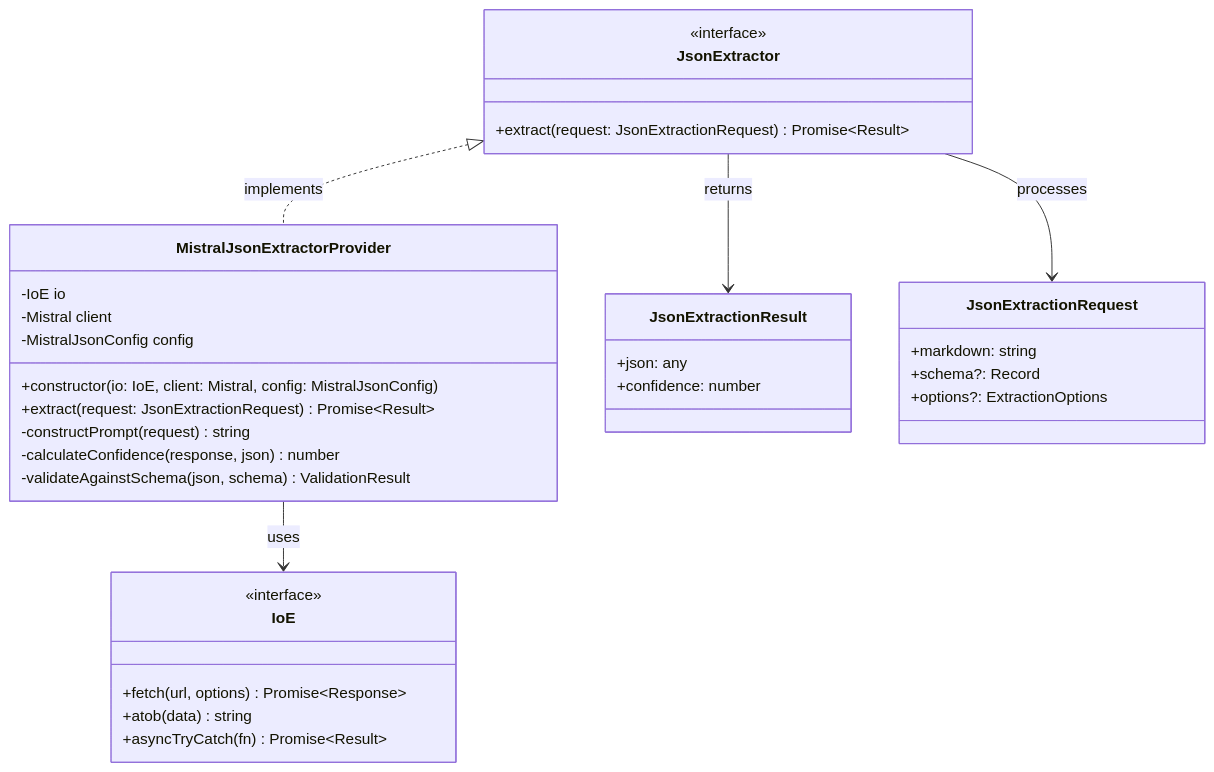
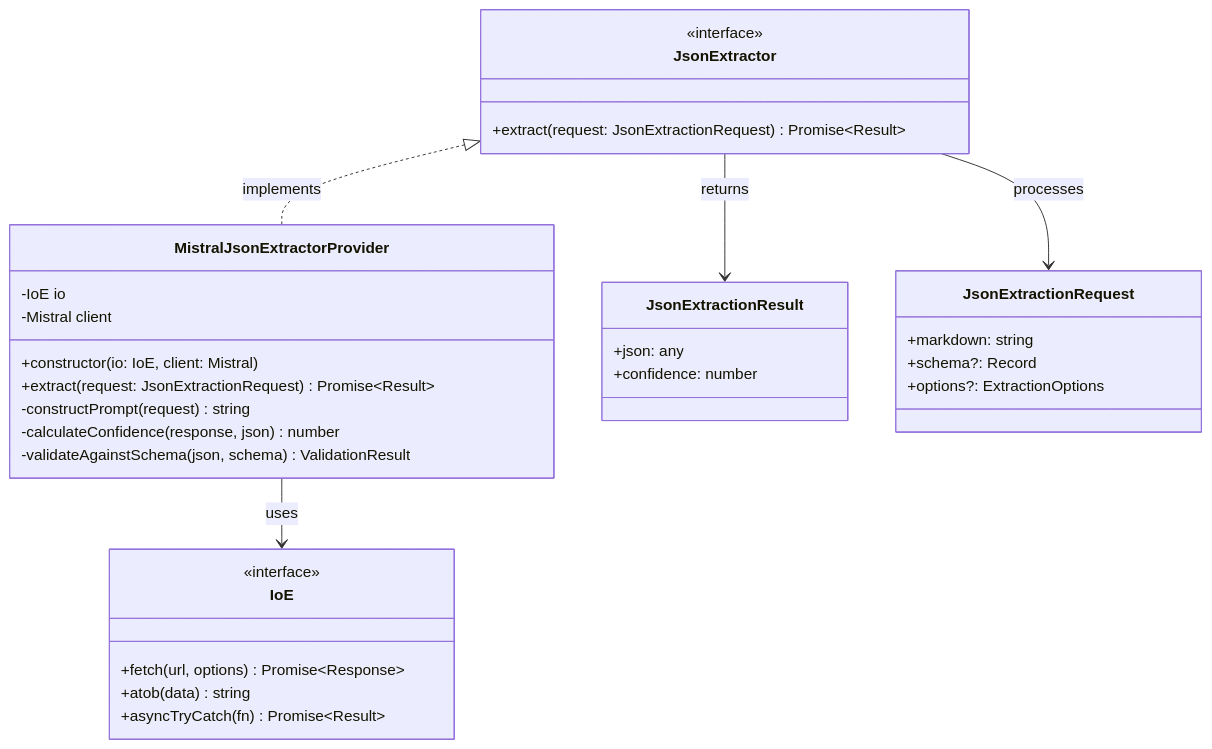
One commit to o2alexanderfedin/OCRChecksServer-demo changed the first of 2 diagrams in docs/json-extraction.md. Above: the diagram before and after it, drawn with Mermaid. The commit also changed other lines of this file, not shown here.

Commit message:
refactor: simplify MistralJsonExtractorProvider constructor by removing config parameter

````diff
--- a/docs/json-extraction.md
+++ b/docs/json-extraction.md
@@ -224,41 +215,40 @@
 ```mermaid
 classDiagram
     class JsonExtractor {
         <<interface>>
         +extract(request: JsonExtractionRequest) Promise~Result<JsonExtractionResult, Error>~
     }
 
     class MistralJsonExtractorProvider {
         -IoE io
         -Mistral client
-        -MistralJsonConfig config
-        +constructor(io: IoE, client: Mistral, config: MistralJsonConfig)
+        +constructor(io: IoE, client: Mistral)
         +extract(request: JsonExtractionRequest) Promise~Result<JsonExtractionResult, Error>~
         -constructPrompt(request) string
         -calculateConfidence(response, json) number
         -validateAgainstSchema(json, schema) ValidationResult
     }
 
     class JsonExtractionResult {
         +json: any
         +confidence: number
     }
 
     class JsonExtractionRequest {
         +markdown: string
         +schema?: Record<string, unknown>
         +options?: ExtractionOptions
     }
 
     class IoE {
         <<interface>>
         +fetch(url, options) Promise~Response~
         +atob(data) string
         +asyncTryCatch(fn) Promise~Result~
     }
 
     JsonExtractor <|.. MistralJsonExtractorProvider : implements
     MistralJsonExtractorProvider --> IoE : uses
     JsonExtractor --> JsonExtractionResult : returns
     JsonExtractor --> JsonExtractionRequest : processes
 ```
````
